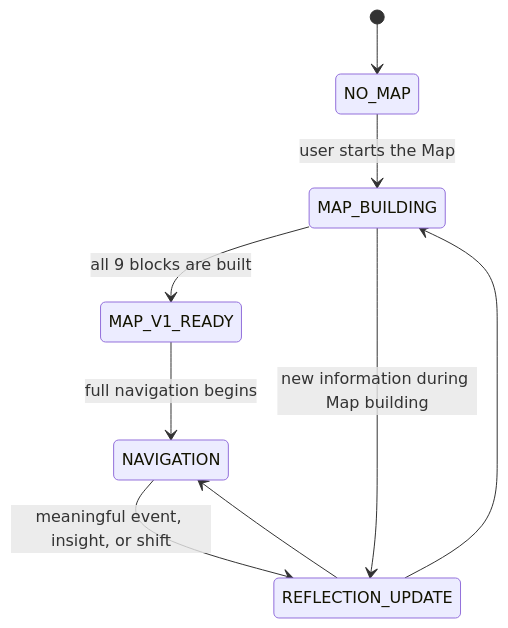
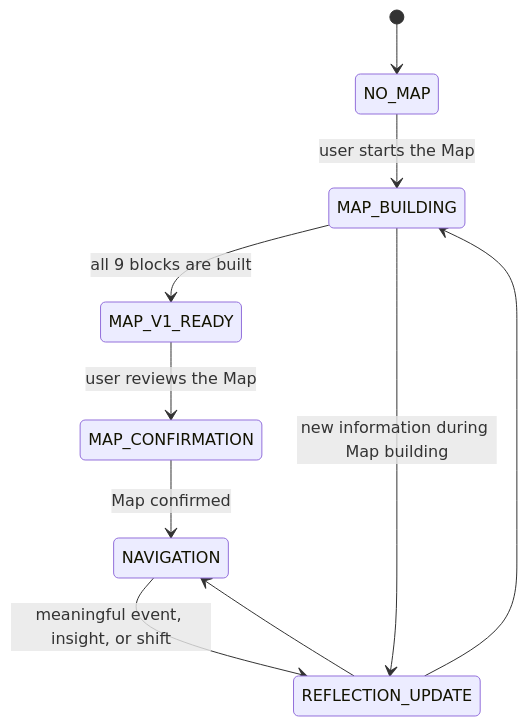
Before and after one commit to DimaK-pro/personal-navigator: the diagram in README.en.md, drawn with Mermaid. The commit also changed other lines of this file and 23 other files, not shown here.

````diff
--- a/README.en.md
+++ b/README.en.md
@@ -72,11 +81,12 @@
 ```mermaid
 stateDiagram-v2
     [*] --> NO_MAP
     NO_MAP --> MAP_BUILDING: user starts the Map
     MAP_BUILDING --> MAP_V1_READY: all 9 blocks are built
-    MAP_V1_READY --> NAVIGATION: full navigation begins
+    MAP_V1_READY --> MAP_CONFIRMATION: user reviews the Map
+    MAP_CONFIRMATION --> NAVIGATION: Map confirmed
     NAVIGATION --> REFLECTION_UPDATE: meaningful event, insight, or shift
     MAP_BUILDING --> REFLECTION_UPDATE: new information during Map building
     REFLECTION_UPDATE --> MAP_BUILDING
     REFLECTION_UPDATE --> NAVIGATION
 ```
````
